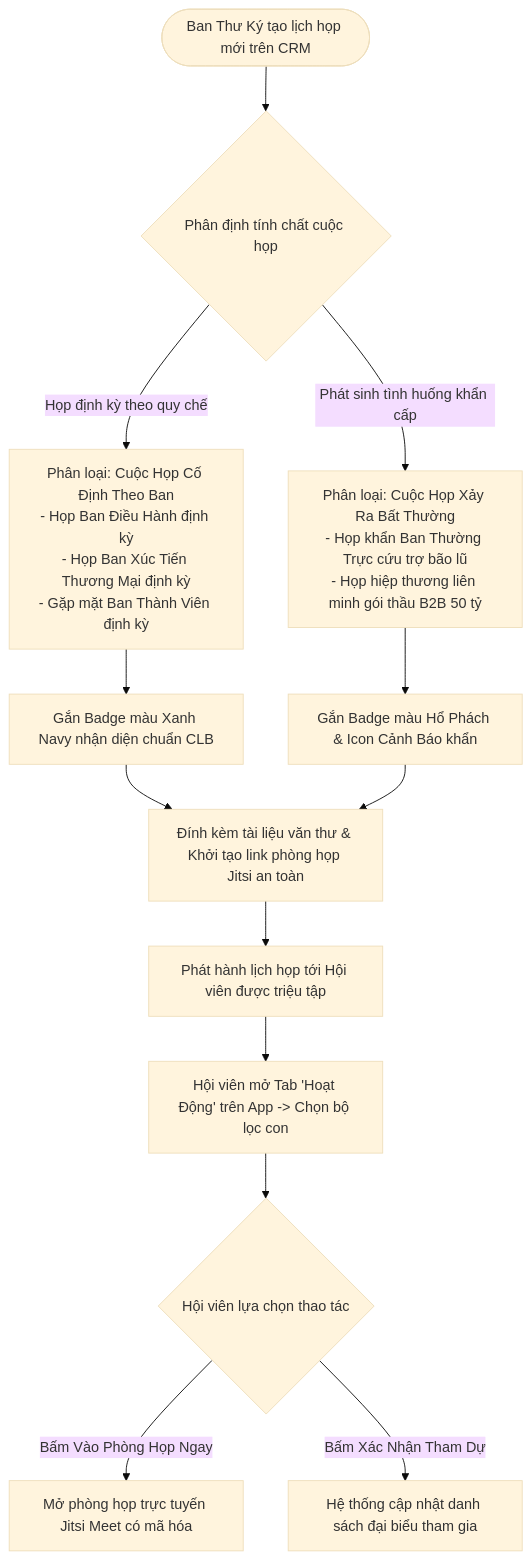
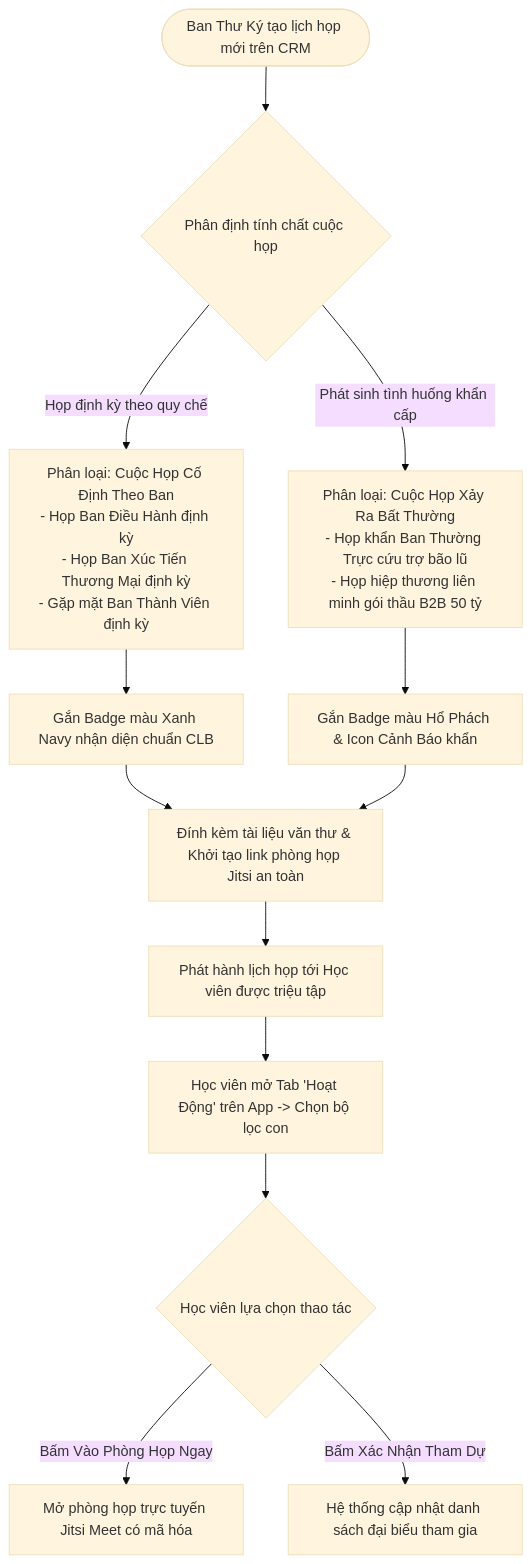
One commit to viconnect-product-team/ceoHN10_project changed the fourth of 8 diagrams in document/BRD_CEOHN10_MASTER_CHINH_THUC.md. Above: the diagram before and after it, drawn with Mermaid (base theme). The commit also changed other lines of this file and 614 other files, not shown here.

````diff
--- a/document/BRD_CEOHN10_MASTER_CHINH_THUC.md
+++ b/document/BRD_CEOHN10_MASTER_CHINH_THUC.md
@@ -193,19 +193,19 @@
 ```mermaid
 flowchart TD
     A([Ban Thư Ký tạo lịch họp mới trên CRM]) --> B{Phân định tính chất cuộc họp}
 
     B -->|Họp định kỳ theo quy chế| C1[Phân loại: Cuộc Họp Cố Định Theo Ban<br/>- Họp Ban Điều Hành định kỳ<br/>- Họp Ban Xúc Tiến Thương Mại định kỳ<br/>- Gặp mặt Ban Thành Viên định kỳ]
     C1 --> D1[Gắn Badge màu Xanh Navy nhận diện chuẩn CLB]
 
     B -->|Phát sinh tình huống khẩn cấp| C2[Phân loại: Cuộc Họp Xảy Ra Bất Thường<br/>- Họp khẩn Ban Thường Trực cứu trợ bão lũ<br/>- Họp hiệp thương liên minh gói thầu B2B 50 tỷ]
     C2 --> D2[Gắn Badge màu Hổ Phách & Icon Cảnh Báo khẩn]
 
     D1 --> E[Đính kèm tài liệu văn thư & Khởi tạo link phòng họp Jitsi an toàn]
     D2 --> E
 
-    E --> F[Phát hành lịch họp tới Hội viên được triệu tập]
-    F --> G[Hội viên mở Tab 'Hoạt Động' trên App -> Chọn bộ lọc con]
-    G --> H{Hội viên lựa chọn thao tác}
+    E --> F[Phát hành lịch họp tới Học viên được triệu tập]
+    F --> G[Học viên mở Tab 'Hoạt Động' trên App -> Chọn bộ lọc con]
+    G --> H{Học viên lựa chọn thao tác}
     H -->|Bấm Vào Phòng Họp Ngay| I[Mở phòng họp trực tuyến Jitsi Meet có mã hóa]
     H -->|Bấm Xác Nhận Tham Dự| J[Hệ thống cập nhật danh sách đại biểu tham gia]
 ```
````
